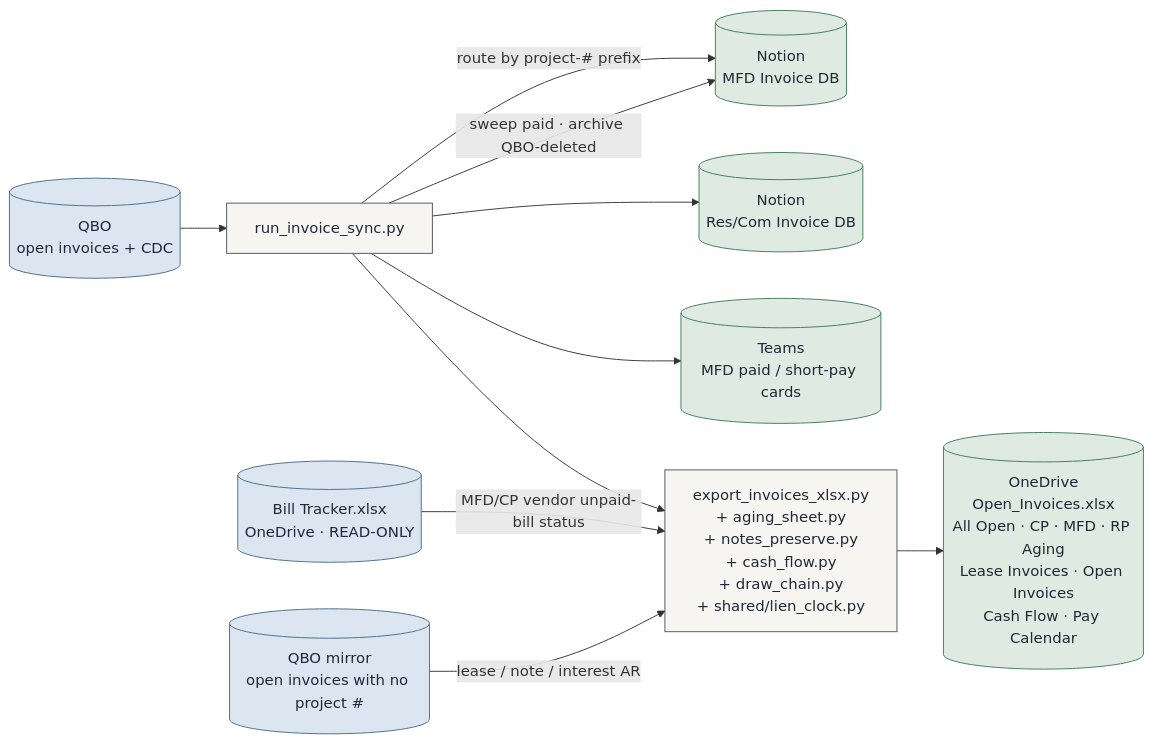
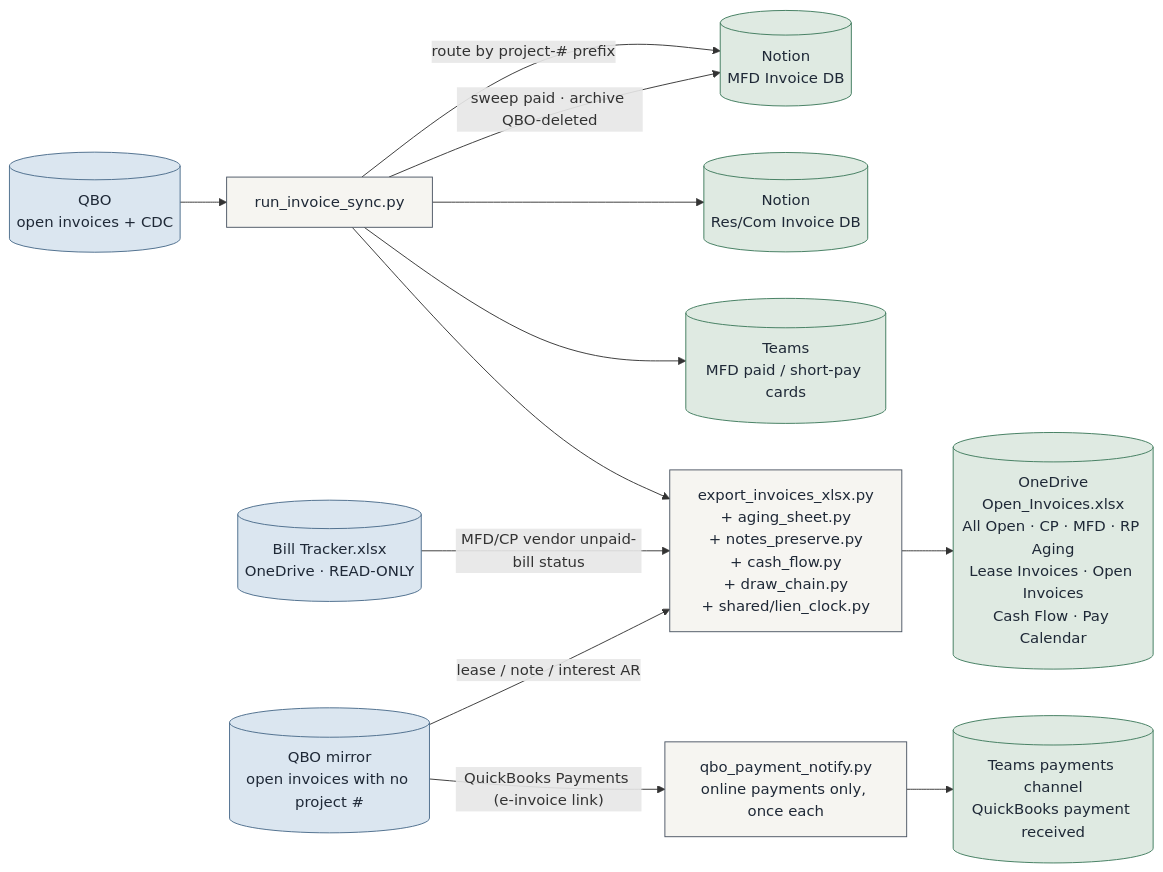
The second of 8 diagrams in docs/ARCHITECTURE.md (Ecarlo-Proficient/Claude-Report), drawn with Mermaid before and after one commit. The commit also changed 9 other files, not shown here.

Commit message:
invoice-sync: QuickBooks payment received card - one Teams card per payment a client makes through the e-invoice link (bank / card), read from the mirror, posted once, first run seeds, nothing older than 72h; webhook TEAMS_WEBHOOK_PAYMENTS (setup_qbo --rotate)

````diff
--- a/docs/ARCHITECTURE.md
+++ b/docs/ARCHITECTURE.md
@@ -139,25 +139,28 @@
 ```mermaid
 flowchart LR
     classDef src fill:#dbe6f0,stroke:#4A6B8A,color:#1f2937
     classDef tool fill:#f6f5f1,stroke:#4b5563,color:#1f2937
     classDef out fill:#dfeae2,stroke:#3E7A5C,color:#1f2937
 
     QBO[("QBO\nopen invoices + CDC")]:::src
     SYNC["run_invoice_sync.py"]:::tool
     MFD[("Notion\nMFD Invoice DB")]:::out
     RES[("Notion\nRes/Com Invoice DB")]:::out
     TEAMS[("Teams\nMFD paid / short-pay cards")]:::out
     XL["export_invoices_xlsx.py\n+ aging_sheet.py\n+ notes_preserve.py\n+ cash_flow.py\n+ draw_chain.py\n+ shared/lien_clock.py"]:::tool
     BTX[("Bill Tracker.xlsx\nOneDrive · READ-ONLY")]:::src
     OD[("OneDrive\nOpen_Invoices.xlsx\nAll Open · CP · MFD · RP Aging\nLease Invoices · Open Invoices\nCash Flow · Pay Calendar")]:::out
     MIR[("QBO mirror\nopen invoices with no project #")]:::src
+    PAYN["qbo_payment_notify.py\nonline payments only, once each"]:::tool
+    TPAY[("Teams payments channel\nQuickBooks payment received")]:::out
 
     QBO --> SYNC
     SYNC -- "route by project-# prefix" --> MFD
     SYNC --> RES
     SYNC -- "sweep paid · archive QBO-deleted" --> MFD
     SYNC --> TEAMS
     SYNC --> XL --> OD
     BTX -- "MFD/CP vendor unpaid-bill status" --> XL
     MIR -- "lease / note / interest AR" --> XL
+    MIR -- "QuickBooks Payments (e-invoice link)" --> PAYN --> TPAY
 ```
````
